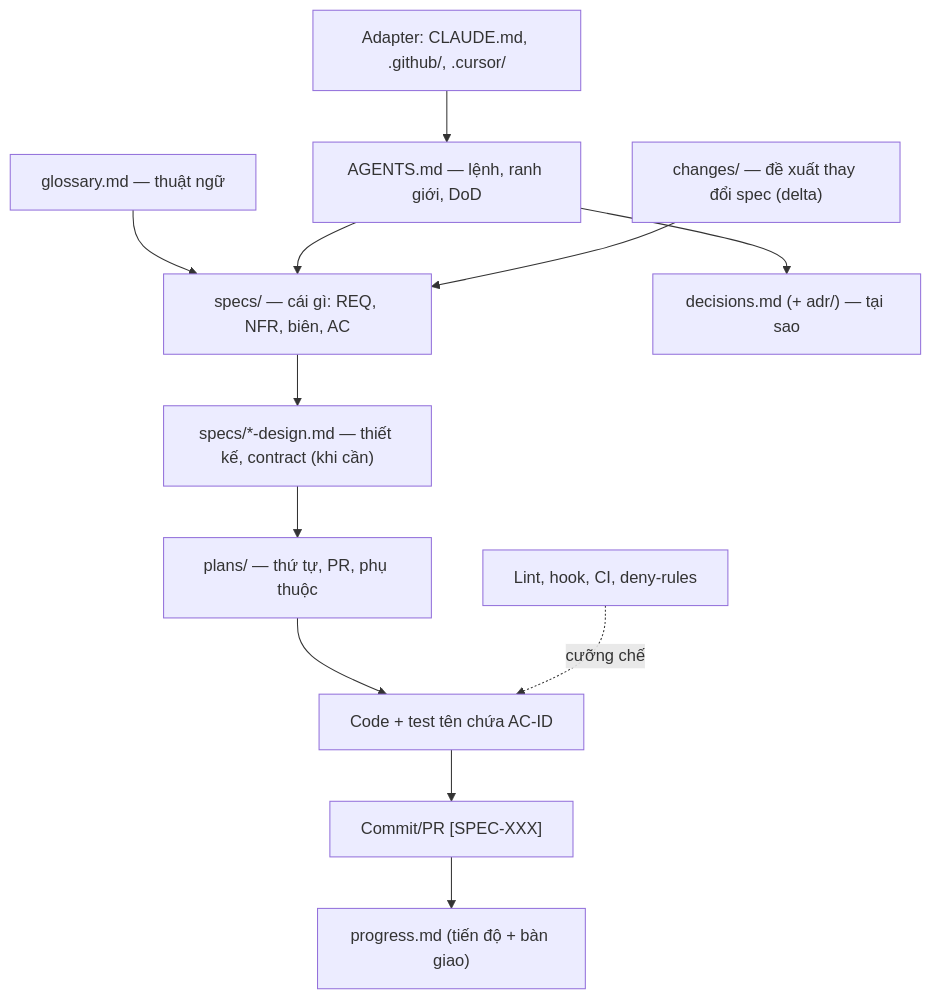
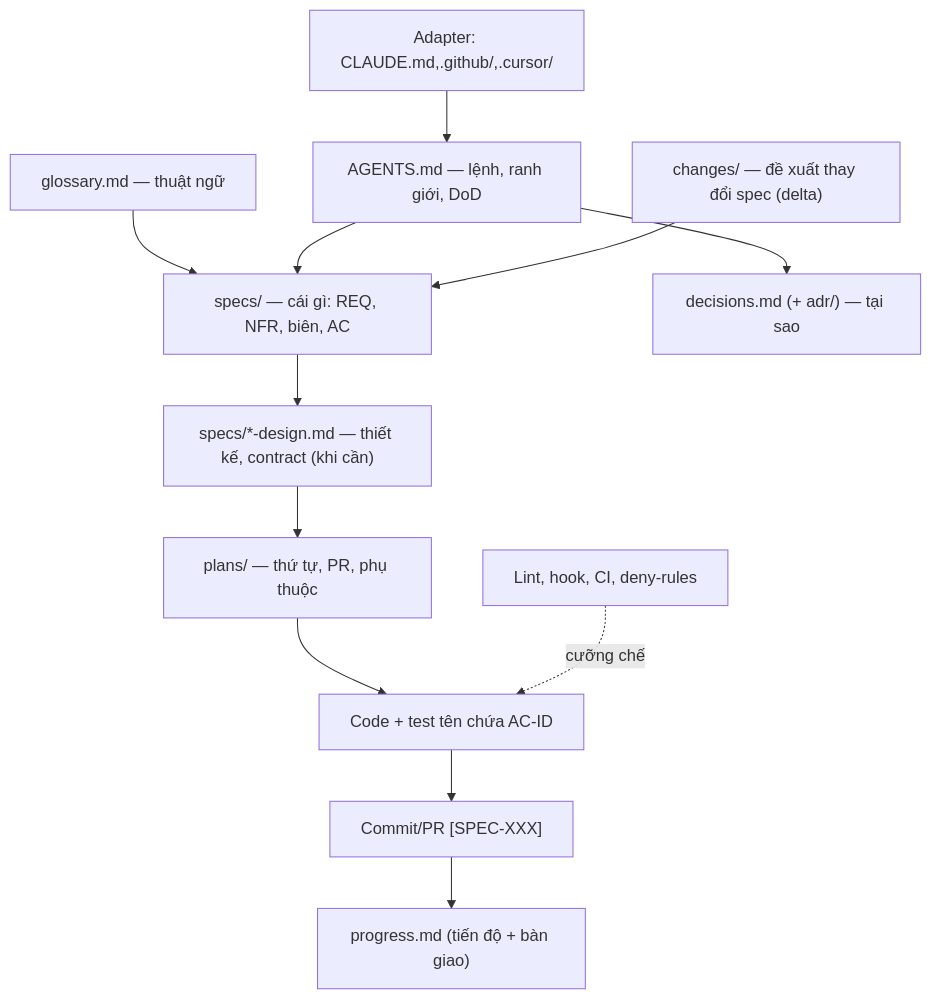
The diagram in references/principles.md (huongmh14/writing-spec-for-ai), drawn with Mermaid before and after one commit. The commit also changed other lines of this file and 71 other files, not shown here.

````diff
--- a/references/principles.md
+++ b/references/principles.md
@@ -22,14 +22,14 @@
 ```mermaid
 flowchart TD
     G["glossary.md — thuật ngữ"] --> C
     A["AGENTS.md — lệnh, ranh giới, DoD"] --> B["decisions.md (+ adr/) — tại sao"]
     A --> C["specs/ — cái gì: REQ, NFR, biên, AC"]
     C --> DS["specs/*-design.md — thiết kế, contract (khi cần)"]
     DS --> D["plans/ — thứ tự, PR, phụ thuộc"]
     CH["changes/ — đề xuất thay đổi spec (delta)"] --> C
     D --> E["Code + test tên chứa AC-ID"]
     E --> F["Commit/PR [SPEC-XXX]"]
     F --> P["progress.md (tiến độ + bàn giao)"]
-    H["Adapter: CLAUDE.md, .github/, .cursor/"] --> A
+    H["Adapter: CLAUDE.md,.github/,.cursor/"] --> A
     I["Lint, hook, CI, deny-rules"] -.cưỡng chế.-> E
 ```
````
